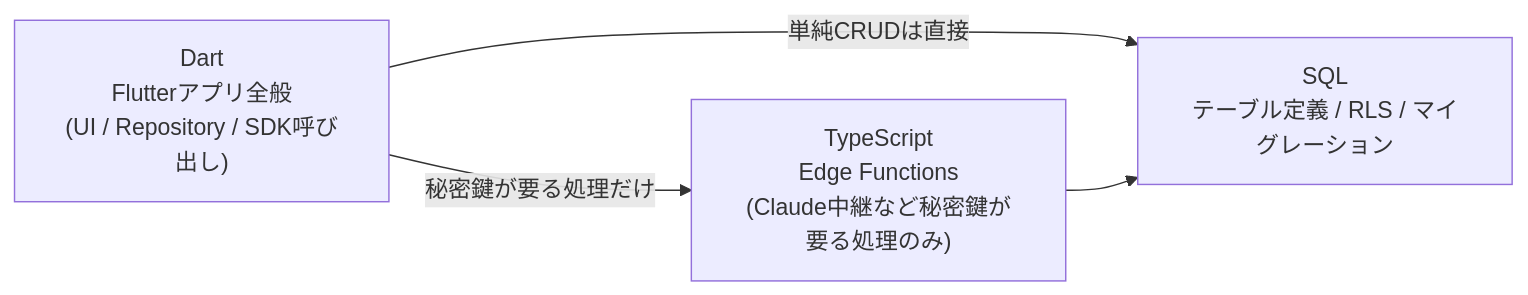
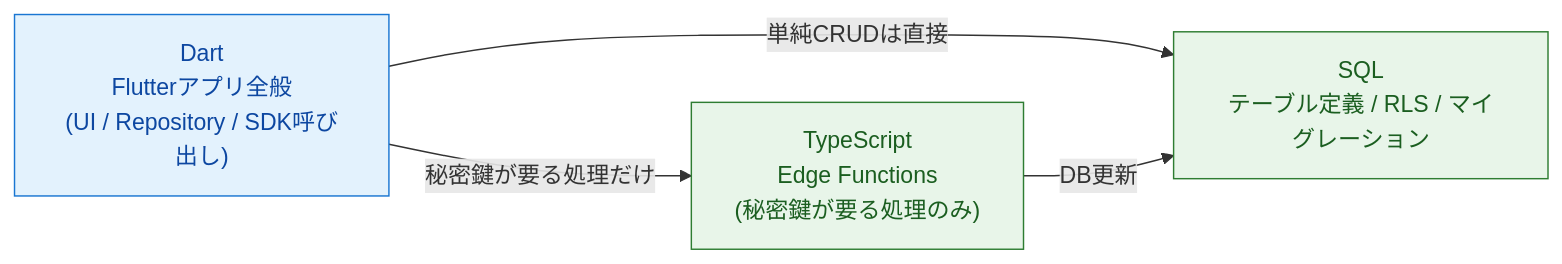
Before and after one commit to komikonkon/Rakuku: the third of 7 diagrams in docs/architecture.md, drawn with Mermaid. The commit also changed other lines of this file and 1 other file, not shown here.

First line of the commit message:
Improve diagrams: color-coding, fewer line crossings, review-friendly layout

````diff
--- a/docs/architecture.md
+++ b/docs/architecture.md
@@ -79,10 +118,13 @@
 ```mermaid
 flowchart LR
-    Dart["Dart<br/>Flutterアプリ全般<br/>(UI / Repository / SDK呼び出し)"]
-    SQL["SQL<br/>テーブル定義 / RLS / マイグレーション"]
-    TS["TypeScript<br/>Edge Functions<br/>(Claude中継など秘密鍵が要る処理のみ)"]
+    Dart["Dart<br/>Flutterアプリ全般<br/>(UI / Repository / SDK呼び出し)"]:::app
+    TS["TypeScript<br/>Edge Functions<br/>(秘密鍵が要る処理のみ)"]:::sb
+    SQL["SQL<br/>テーブル定義 / RLS / マイグレーション"]:::sb
 
     Dart -->|単純CRUDは直接| SQL
     Dart -->|秘密鍵が要る処理だけ| TS
-    TS --> SQL
+    TS -->|DB更新| SQL
+
+    classDef app fill:#E3F2FD,stroke:#1976D2,color:#0D47A1;
+    classDef sb  fill:#E8F5E9,stroke:#2E7D32,color:#1B5E20;
 ```
````
